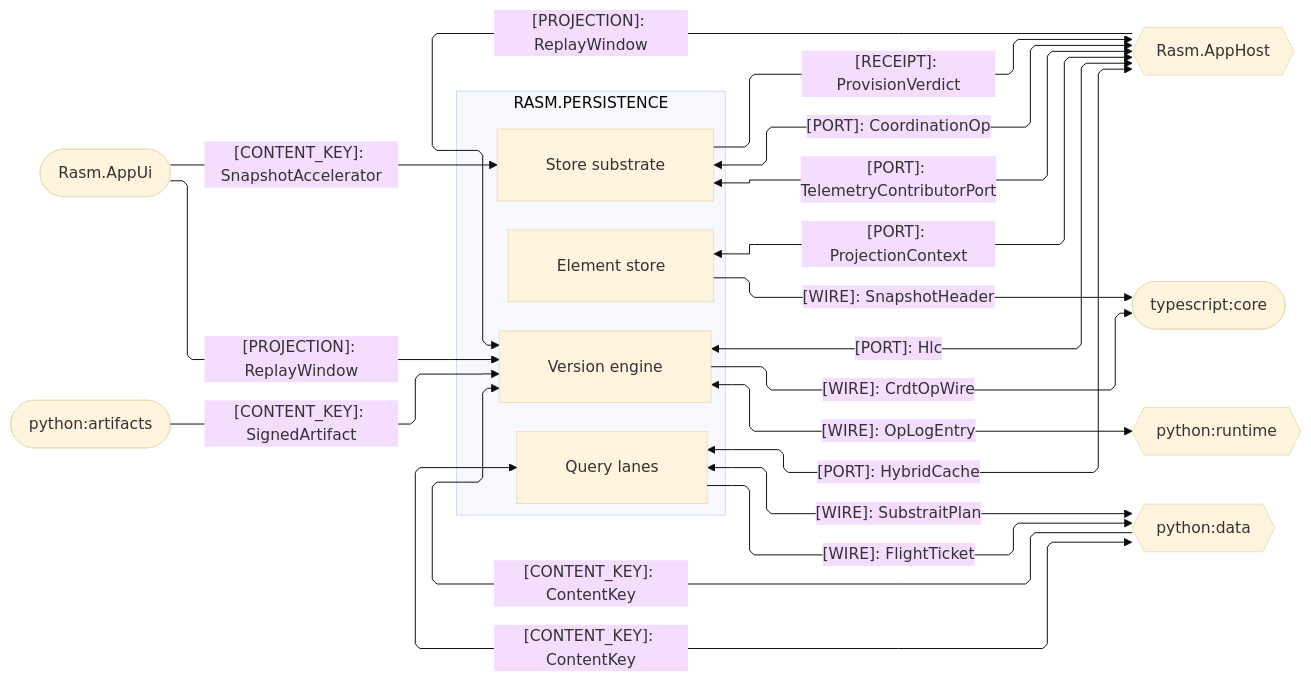
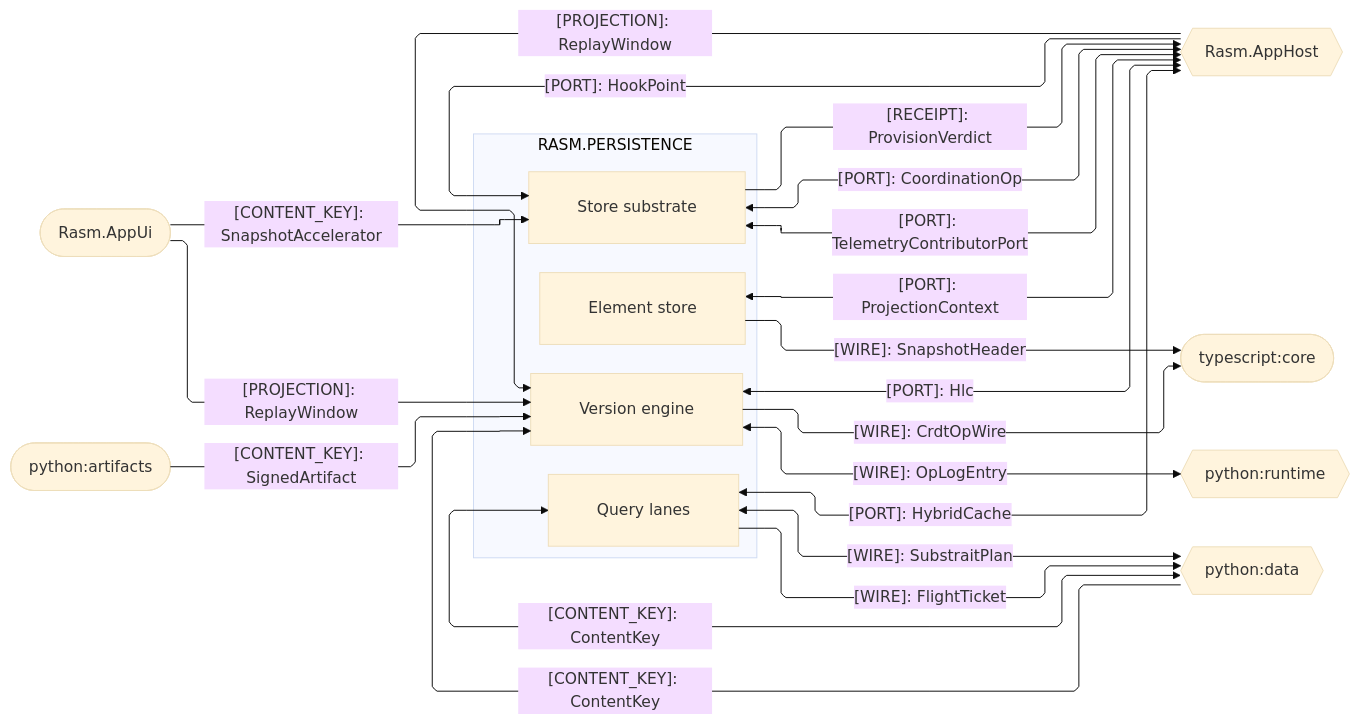
One commit to bsamiee/Rasm changed the third of 4 diagrams in libs/csharp/Rasm.Persistence/ARCHITECTURE.md. Above: the diagram before and after it, drawn with Mermaid (base theme). The commit also changed other lines of this file and 195 other files, not shown here.

````diff
--- a/libs/csharp/Rasm.Persistence/ARCHITECTURE.md
+++ b/libs/csharp/Rasm.Persistence/ARCHITECTURE.md
@@ -129,41 +129,42 @@
 ```mermaid
 ---
 config:
   layout: elk
   flowchart:
     curve: linear
     padding: 25
 ---
 flowchart LR
     accTitle: Persistence platform and cross-runtime seams
     accDescr: Persistence sub-domain owners exchanging ports, wires, projections, and receipts with the app host, the app UI, and the Python and TypeScript runtimes, edge rails colored by kind and nodes classed by seam direction.
     subgraph persistence[RASM.PERSISTENCE]
         Element[Element store]
         Version[Version engine]
         Query[Query lanes]
         Store[Store substrate]
     end
     AppHost{{Rasm.AppHost}}
     AppUi([Rasm.AppUi])
     Core([typescript:core])
     Runtime{{python:runtime}}
     Data{{python:data}}
     Artifacts([python:artifacts])
     Element e1@-->|"[WIRE]: SnapshotHeader"| Core
     Version e2@-->|"[WIRE]: CrdtOpWire"| Core
     Version e3@<-->|"[WIRE]: OpLogEntry"| Runtime
     Artifacts e4@-->|"[CONTENT_KEY]: SignedArtifact"| Version
     Data e5@-->|"[CONTENT_KEY]: ContentKey"| Version
     Query e6@<-->|"[WIRE]: SubstraitPlan"| Data
     Query e16@-->|"[WIRE]: FlightTicket"| Data
     Data e17@<-->|"[CONTENT_KEY]: ContentKey"| Query
     Element e7@<-->|"[PORT]: ProjectionContext"| AppHost
     Version e8@<-->|"[PORT]: Hlc"| AppHost
     AppHost e9@-->|"[PROJECTION]: ReplayWindow"| Version
     Query e11@<-->|"[PORT]: HybridCache"| AppHost
     Store e12@<-->|"[PORT]: CoordinationOp"| AppHost
     Store e18@<-->|"[PORT]: TelemetryContributorPort"| AppHost
+    AppHost e19@-->|"[PORT]: HookPoint"| Store
     Store e13@-->|"[RECEIPT]: ProvisionVerdict"| AppHost
     AppUi e14@-->|"[PROJECTION]: ReplayWindow"| Version
     AppUi e15@-->|"[CONTENT_KEY]: SnapshotAccelerator"| Store
 ```
````
